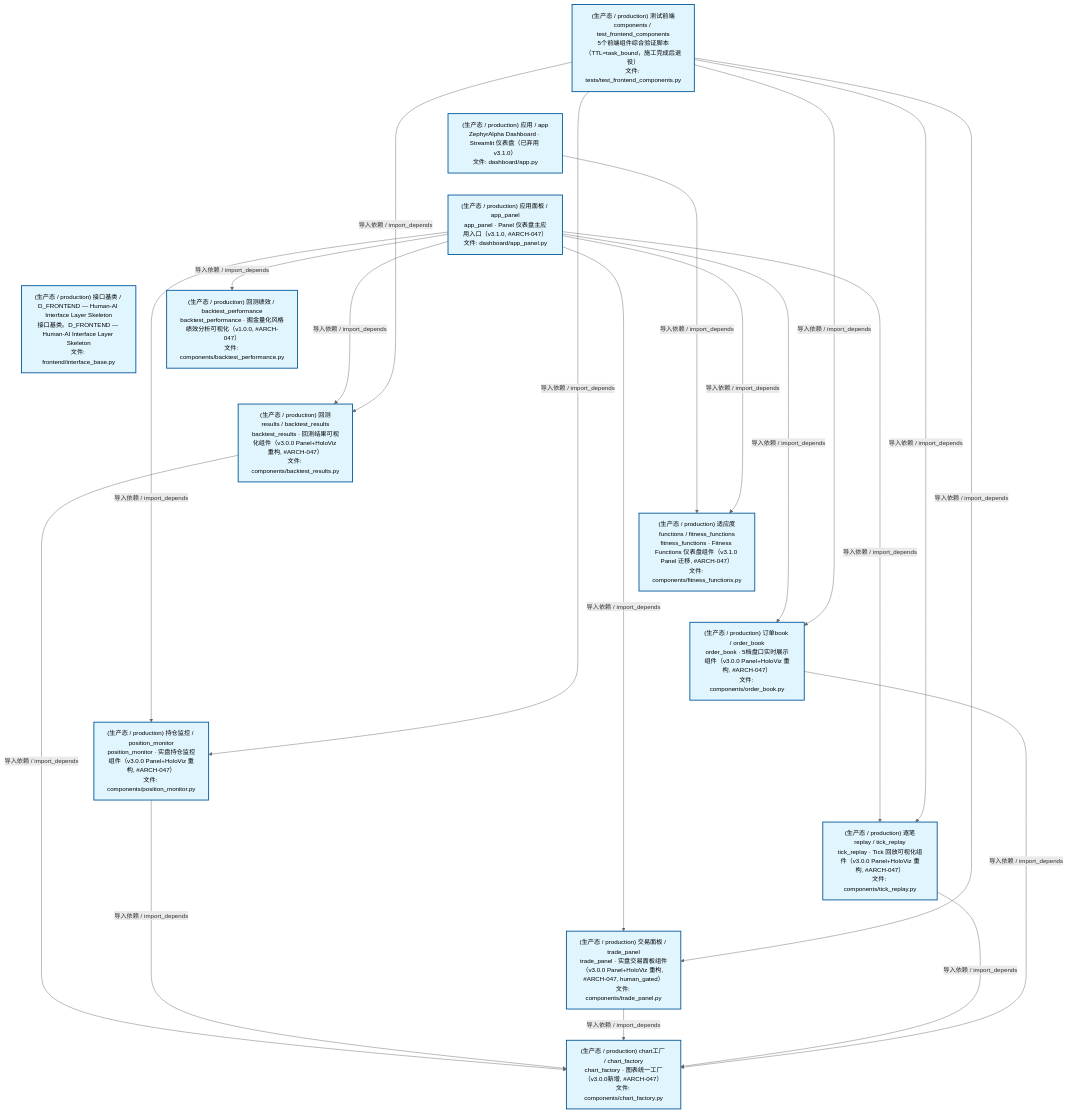
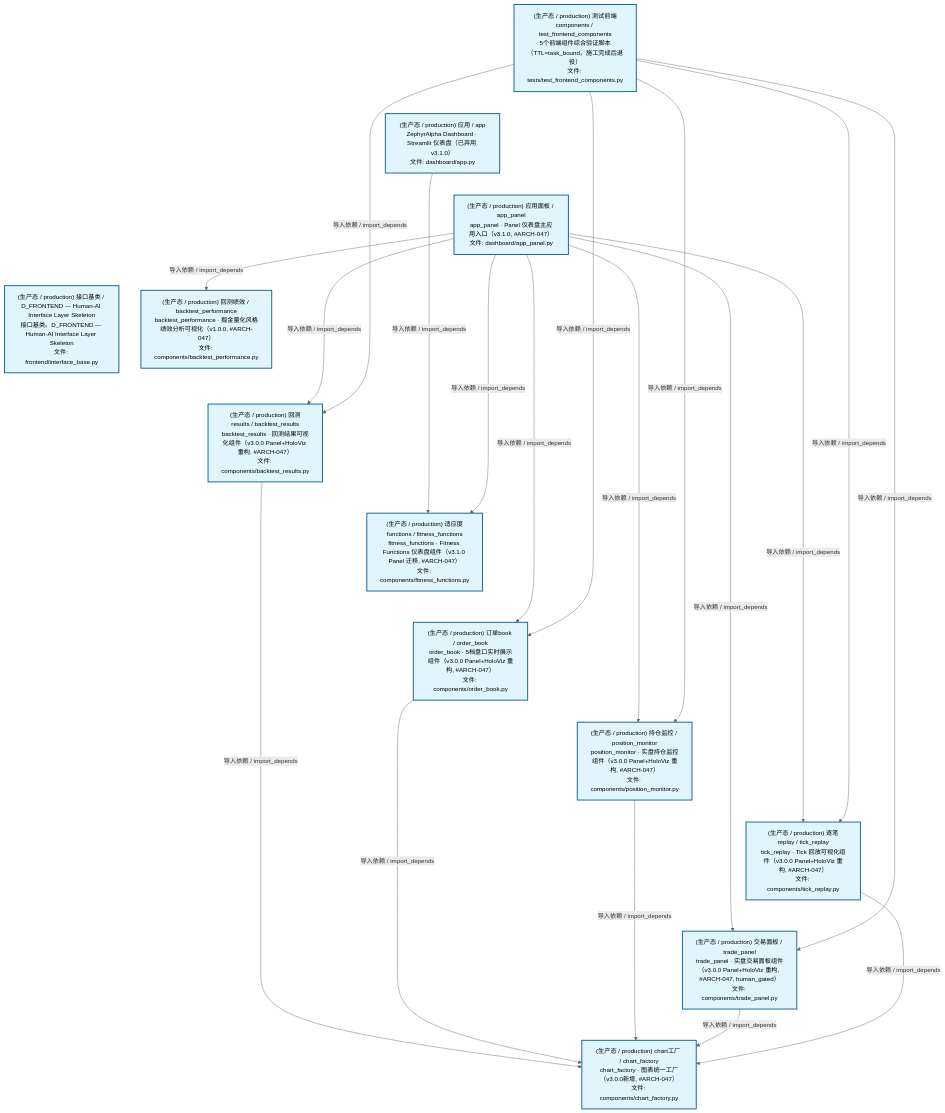
One commit to xuanFelixVan/ZephyrAlpha changed the second of 4 diagrams in docs/02_enterprise_architecture/02_domain_architecture_docs/47_d_frontend.md. Above: the diagram before and after it, drawn with Mermaid. The commit also changed other lines of this file and 40 other files, not shown here.

````diff
--- a/docs/02_enterprise_architecture/02_domain_architecture_docs/47_d_frontend.md
+++ b/docs/02_enterprise_architecture/02_domain_architecture_docs/47_d_frontend.md
@@ -124,48 +124,48 @@
 ```mermaid
 %%{init: {'theme': 'base', 'themeVariables': {'primaryColor': '#eaeaea', 'primaryTextColor': '#333333', 'primaryBorderColor': '#666666', 'lineColor': '#666666', 'secondaryColor': '#eaeaea', 'tertiaryColor': '#eaeaea', 'fontSize': '14px'}}}%%
 flowchart TD
     scripts_tests_test_frontend_components_py["(生产态 / production) 测试前端components / test_frontend_components<br/>5个前端组件综合验证脚本（TTL=task_bound，施工完成后退役）<br/>文件: tests/test_frontend_components.py"]
     src_zephyr_frontend_dashboard_app_py["(生产态 / production) 应用 / app<br/>ZephyrAlpha Dashboard · Streamlit 仪表盘（已弃用 v3.1.0）<br/>文件: dashboard/app.py"]
     src_zephyr_frontend_dashboard_app_panel_py["(生产态 / production) 应用面板 / app_panel<br/>app_panel · Panel 仪表盘主应用入口（v3.1.0, #ARCH-047）<br/>文件: dashboard/app_panel.py"]
     src_zephyr_frontend_interface_base_py["(生产态 / production) 接口基类 / D_FRONTEND — Human-AI Interface Layer Skeleton<br/>接口基类。D_FRONTEND — Human-AI Interface Layer Skeleton<br/>文件: frontend/interface_base.py"]
     scripts_tests_test_frontend_components_py ~~~ src_zephyr_frontend_dashboard_app_py
     src_zephyr_frontend_dashboard_app_py ~~~ src_zephyr_frontend_dashboard_app_panel_py
     src_zephyr_frontend_dashboard_app_panel_py ~~~ src_zephyr_frontend_interface_base_py
     src_zephyr_frontend_dashboard_components_backtest_performance_py["(生产态 / production) 回测绩效 / backtest_performance<br/>backtest_performance · 掘金量化风格绩效分析可视化（v1.0.0, #ARCH-047）<br/>文件: components/backtest_performance.py"]
     src_zephyr_frontend_dashboard_components_backtest_results_py["(生产态 / production) 回测results / backtest_results<br/>backtest_results · 回测结果可视化组件（v3.0.0 Panel+HoloViz 重构, #ARCH-047）<br/>文件: components/backtest_results.py"]
     src_zephyr_frontend_dashboard_components_fitness_functions_py["(生产态 / production) 适应度functions / fitness_functions<br/>fitness_functions · Fitness Functions 仪表盘组件（v3.1.0 Panel 迁移, #ARCH-047）<br/>文件: components/fitness_functions.py"]
     src_zephyr_frontend_dashboard_components_order_book_py["(生产态 / production) 订单book / order_book<br/>order_book · 5档盘口实时展示组件（v3.0.0 Panel+HoloViz 重构, #ARCH-047）<br/>文件: components/order_book.py"]
     src_zephyr_frontend_dashboard_components_position_monitor_py["(生产态 / production) 持仓监控 / position_monitor<br/>position_monitor · 实盘持仓监控组件（v3.0.0 Panel+HoloViz 重构, #ARCH-047）<br/>文件: components/position_monitor.py"]
     src_zephyr_frontend_dashboard_components_tick_replay_py["(生产态 / production) 逐笔replay / tick_replay<br/>tick_replay · Tick 回放可视化组件（v3.0.0 Panel+HoloViz 重构, #ARCH-047）<br/>文件: components/tick_replay.py"]
     src_zephyr_frontend_dashboard_components_trade_panel_py["(生产态 / production) 交易面板 / trade_panel<br/>trade_panel · 实盘交易面板组件（v3.0.0 Panel+HoloViz 重构, #ARCH-047, human_gated）<br/>文件: components/trade_panel.py"]
     src_zephyr_frontend_dashboard_components_backtest_performance_py ~~~ src_zephyr_frontend_dashboard_components_backtest_results_py
     src_zephyr_frontend_dashboard_components_backtest_results_py ~~~ src_zephyr_frontend_dashboard_components_fitness_functions_py
     src_zephyr_frontend_dashboard_components_fitness_functions_py ~~~ src_zephyr_frontend_dashboard_components_order_book_py
     src_zephyr_frontend_dashboard_components_order_book_py ~~~ src_zephyr_frontend_dashboard_components_position_monitor_py
     src_zephyr_frontend_dashboard_components_position_monitor_py ~~~ src_zephyr_frontend_dashboard_components_tick_replay_py
     src_zephyr_frontend_dashboard_components_tick_replay_py ~~~ src_zephyr_frontend_dashboard_components_trade_panel_py
     src_zephyr_frontend_dashboard_components_chart_factory_py["(生产态 / production) chart工厂 / chart_factory<br/>chart_factory · 图表统一工厂（v3.0.0新增, #ARCH-047）<br/>文件: components/chart_factory.py"]
     src_zephyr_frontend_dashboard_app_py -->|导入依赖 / import_depends| src_zephyr_frontend_dashboard_components_fitness_functions_py
+    src_zephyr_frontend_dashboard_app_panel_py -->|导入依赖 / import_depends| src_zephyr_frontend_dashboard_components_backtest_results_py
     src_zephyr_frontend_dashboard_app_panel_py -->|导入依赖 / import_depends| src_zephyr_frontend_dashboard_components_backtest_performance_py
-    src_zephyr_frontend_dashboard_app_panel_py -->|导入依赖 / import_depends| src_zephyr_frontend_dashboard_components_backtest_results_py
+    src_zephyr_frontend_dashboard_app_panel_py -->|导入依赖 / import_depends| src_zephyr_frontend_dashboard_components_order_book_py
     src_zephyr_frontend_dashboard_app_panel_py -->|导入依赖 / import_depends| src_zephyr_frontend_dashboard_components_position_monitor_py
     src_zephyr_frontend_dashboard_app_panel_py -->|导入依赖 / import_depends| src_zephyr_frontend_dashboard_components_fitness_functions_py
     src_zephyr_frontend_dashboard_app_panel_py -->|导入依赖 / import_depends| src_zephyr_frontend_dashboard_components_trade_panel_py
     src_zephyr_frontend_dashboard_app_panel_py -->|导入依赖 / import_depends| src_zephyr_frontend_dashboard_components_tick_replay_py
-    src_zephyr_frontend_dashboard_app_panel_py -->|导入依赖 / import_depends| src_zephyr_frontend_dashboard_components_order_book_py
     src_zephyr_frontend_dashboard_components_backtest_results_py -->|导入依赖 / import_depends| src_zephyr_frontend_dashboard_components_chart_factory_py
+    src_zephyr_frontend_dashboard_components_order_book_py -->|导入依赖 / import_depends| src_zephyr_frontend_dashboard_components_chart_factory_py
     src_zephyr_frontend_dashboard_components_position_monitor_py -->|导入依赖 / import_depends| src_zephyr_frontend_dashboard_components_chart_factory_py
     src_zephyr_frontend_dashboard_components_trade_panel_py -->|导入依赖 / import_depends| src_zephyr_frontend_dashboard_components_chart_factory_py
     src_zephyr_frontend_dashboard_components_tick_replay_py -->|导入依赖 / import_depends| src_zephyr_frontend_dashboard_components_chart_factory_py
-    src_zephyr_frontend_dashboard_components_order_book_py -->|导入依赖 / import_depends| src_zephyr_frontend_dashboard_components_chart_factory_py
     scripts_tests_test_frontend_components_py -->|导入依赖 / import_depends| src_zephyr_frontend_dashboard_components_backtest_results_py
+    scripts_tests_test_frontend_components_py -->|导入依赖 / import_depends| src_zephyr_frontend_dashboard_components_order_book_py
     scripts_tests_test_frontend_components_py -->|导入依赖 / import_depends| src_zephyr_frontend_dashboard_components_position_monitor_py
     scripts_tests_test_frontend_components_py -->|导入依赖 / import_depends| src_zephyr_frontend_dashboard_components_trade_panel_py
     scripts_tests_test_frontend_components_py -->|导入依赖 / import_depends| src_zephyr_frontend_dashboard_components_tick_replay_py
-    scripts_tests_test_frontend_components_py -->|导入依赖 / import_depends| src_zephyr_frontend_dashboard_components_order_book_py
     classDef production fill:#e1f5fe,stroke:#01579b,stroke-width:2px,color:#000
     classDef design fill:#fff3e0,stroke:#e65100,stroke-width:2px,color:#000,stroke-dasharray: 5 5
     classDef external_prod fill:#e8f4fd,stroke:#0277bd,stroke-width:1px,color:#000
     classDef external_design fill:#fff8e7,stroke:#ef6c00,stroke-width:1px,color:#000,stroke-dasharray: 5 5
     class scripts_tests_test_frontend_components_py,src_zephyr_frontend_dashboard_app_py,src_zephyr_frontend_dashboard_app_panel_py,src_zephyr_frontend_dashboard_components_backtest_performance_py,src_zephyr_frontend_dashboard_components_backtest_results_py,src_zephyr_frontend_dashboard_components_chart_factory_py,src_zephyr_frontend_dashboard_components_fitness_functions_py,src_zephyr_frontend_dashboard_components_order_book_py,src_zephyr_frontend_dashboard_components_position_monitor_py,src_zephyr_frontend_dashboard_components_tick_replay_py,src_zephyr_frontend_dashboard_components_trade_panel_py,src_zephyr_frontend_interface_base_py production
 ```
````
